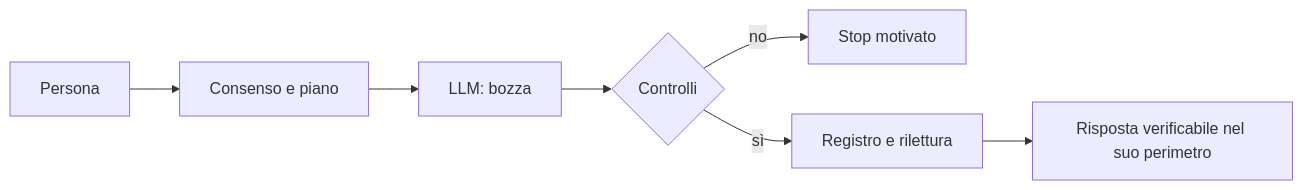
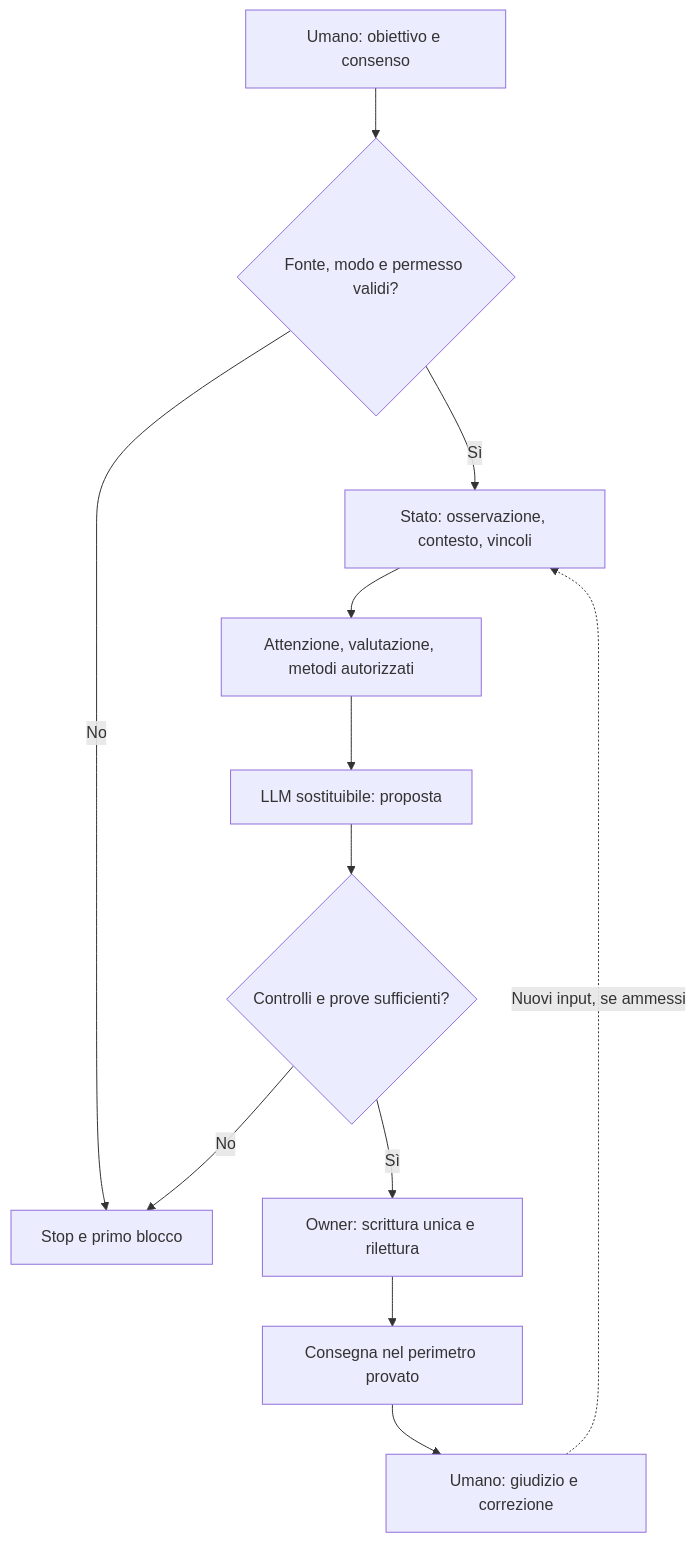
The diagram in README.md (Luke883i/iKant_LE), drawn with Mermaid before and after one commit. The commit also changed other lines of this file, not shown here.

Commit message:
docs(readme): human-first product ontology, cognitive stack, three surfaces and Render MCP flow

````diff
--- a/README.md
+++ b/README.md
@@ -47,9 +61,14 @@
-```mermaid
-flowchart LR
- U["Persona"] --> C["Consenso e piano"]
- C --> M["LLM: bozza"]
- M --> V{"Controlli"}
- V -- no --> S["Stop motivato"]
- V -- sì --> R["Registro e rilettura"]
- R --> O["Risposta verificabile nel suo perimetro"]
-```
+~~~mermaid
+flowchart TD
+ H["Umano: obiettivo e consenso"] --> G{"Fonte, modo e permesso validi?"}
+ G -- "No" --> STOP["Stop e primo blocco"]
+ G -- "Sì" --> C["Stato: osservazione, contesto, vincoli"]
+ C --> A["Attenzione, valutazione, metodi autorizzati"]
+ A --> L["LLM sostituibile: proposta"]
+ L --> V{"Controlli e prove sufficienti?"}
+ V -- "No" --> STOP
+ V -- "Sì" --> W["Owner: scrittura unica e rilettura"]
+ W --> O["Consegna nel perimetro provato"]
+ O --> H2["Umano: giudizio e correzione"]
+ H2 -. "Nuovi input, se ammessi" .-> C
+~~~
````
